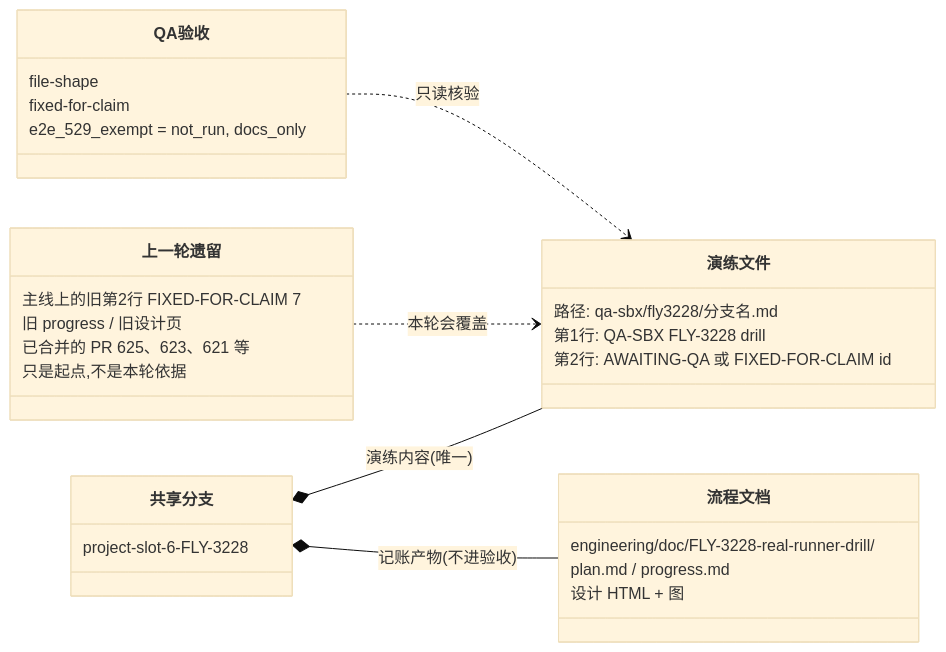
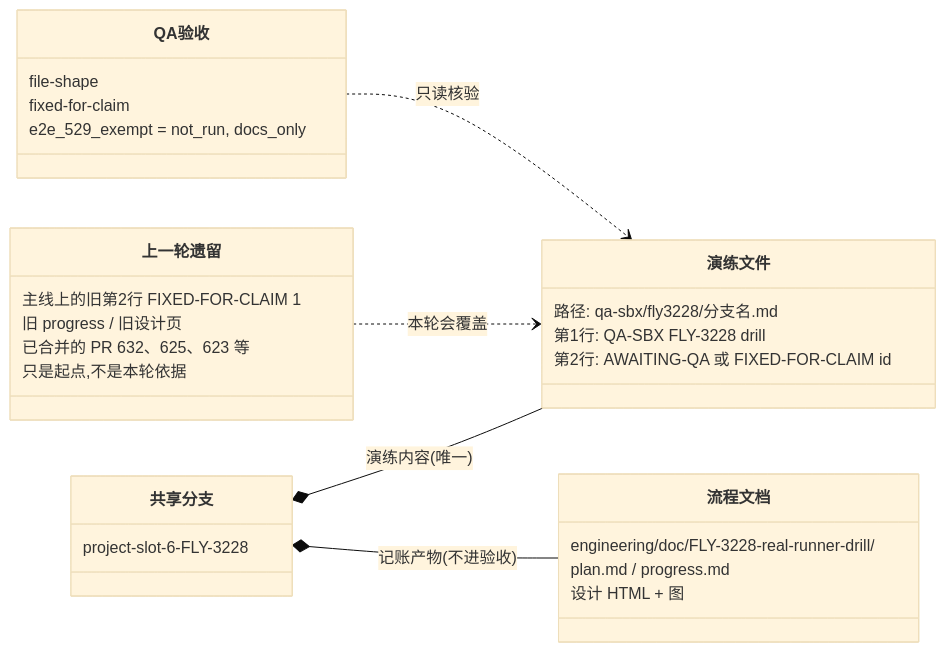
One commit to xrliAnnie/flywheel-qa-sandbox changed the diagram in engineering/doc/FLY-3228-real-runner-drill/d2-data-model.mmd. Above: the diagram before and after it, drawn with Mermaid (base theme). The commit also changed 6 other files, not shown here.

```diff
--- a/engineering/doc/FLY-3228-real-runner-drill/d2-data-model.mmd
+++ b/engineering/doc/FLY-3228-real-runner-drill/d2-data-model.mmd
@@ -1,30 +1,30 @@
 classDiagram
     direction LR
     class 共享分支 {
         project-slot-6-FLY-3228
     }
     class 演练文件 {
         路径: qa-sbx/fly3228/分支名.md
         第1行: QA-SBX FLY-3228 drill
         第2行: AWAITING-QA 或 FIXED-FOR-CLAIM id
     }
     class 上一轮遗留 {
-        主线上的旧第2行 FIXED-FOR-CLAIM 7
+        主线上的旧第2行 FIXED-FOR-CLAIM 1
         旧 progress / 旧设计页
-        已合并的 PR 625、623、621 等
+        已合并的 PR 632、625、623 等
         只是起点,不是本轮依据
     }
     class 流程文档 {
         engineering/doc/FLY-3228-real-runner-drill/
         plan.md / progress.md
         设计 HTML + 图
     }
     class QA验收 {
         file-shape
         fixed-for-claim
         e2e_529_exempt = not_run, docs_only
     }
     共享分支 *-- 演练文件 : 演练内容(唯一)
     共享分支 *-- 流程文档 : 记账产物(不进验收)
     上一轮遗留 ..> 演练文件 : 本轮会覆盖
     QA验收 ..> 演练文件 : 只读核验
```
